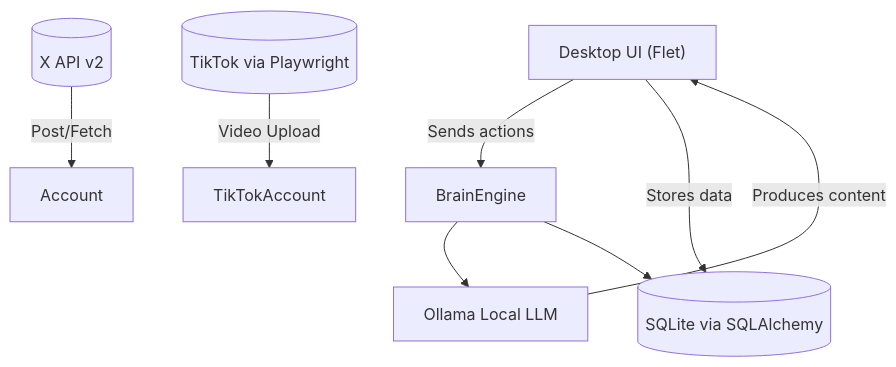
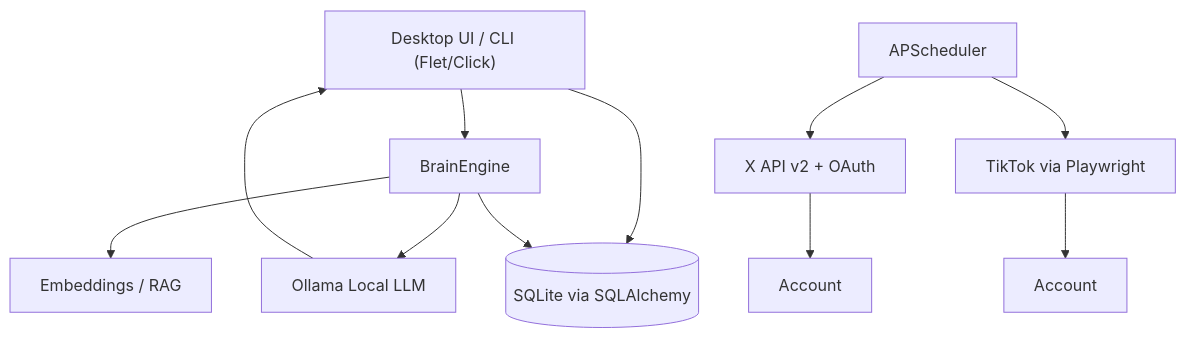
One commit to seraphonixstudios/DoppleX changed the diagram in README.md. Above: the diagram before and after it, drawn with Mermaid. The commit also changed other lines of this file and 38 other files, not shown here.

First line of the commit message:
Polish imports, tests, CLI/GUI stability, SQLAlchemy 2.0 compat, docs

````diff
--- a/README.md
+++ b/README.md
@@ -6,10 +24,13 @@
 ```mermaid
 graph TD
-  UI["Desktop UI (Flet)"] -->|"Sends actions"| BrainEngine
-  BrainEngine --> Ollama["Ollama Local LLM"]
-  UI -->|"Stores data"| DB[("SQLite via SQLAlchemy")]
-  BrainEngine --> DB
-  XAPI[("X API v2")] -->|"Post/Fetch"| XAccount[Account]
-  TikTokAPI[("TikTok via Playwright")] -->|"Video Upload"| TikTokAccount
-  Ollama -->|"Produces content"| UI
+    UI["Desktop UI / CLI (Flet/Click)"] --> BrainEngine
+    BrainEngine --> Ollama["Ollama Local LLM"]
+    BrainEngine --> VectorStore["Embeddings / RAG"]
+    UI --> DB[("SQLite via SQLAlchemy")]
+    BrainEngine --> DB
+    XAPI["X API v2 + OAuth"] --> XAccount[Account]
+    TikTokAPI["TikTok via Playwright"] --> TikTokAccount[Account]
+    Scheduler["APScheduler"] --> XAPI
+    Scheduler --> TikTokAPI
+    Ollama --> UI
 ```
````
